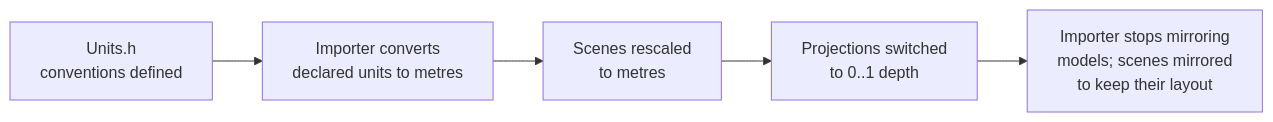
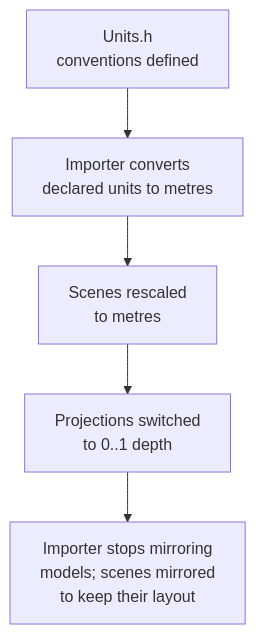
Before and after one commit to b1nary0/RZE: the diagram in Docs/Generated/Engine/02-Architecture/World-Conventions.md, drawn with Mermaid. The commit also changed 21 other files, not shown here.

First line of the commit message:
Fix diagrams that failed to render or hid their own text

````diff
--- a/Docs/Generated/Engine/02-Architecture/World-Conventions.md
+++ b/Docs/Generated/Engine/02-Architecture/World-Conventions.md
@@ -41,7 +41,8 @@
 ```mermaid
-flowchart LR
+%%{init: {'flowchart': {'subGraphTitleMargin': {'top': 6, 'bottom': 10}}, 'themeCSS': '.labelBkg, .edgeLabel { background-color: var(--background-primary) !important; } .messageText, .labelText, .loopText { paint-order: stroke; stroke: var(--background-primary); stroke-width: 5px; stroke-linejoin: round; }'}}%%
+flowchart TD
     A["Units.h<br/>conventions defined"] --> B["Importer converts<br/>declared units to metres"]
     B --> C["Scenes rescaled<br/>to metres"]
     C --> D["Projections switched<br/>to 0..1 depth"]
     D --> E["Importer stops mirroring<br/>models; scenes mirrored<br/>to keep their layout"]
 ```
````
